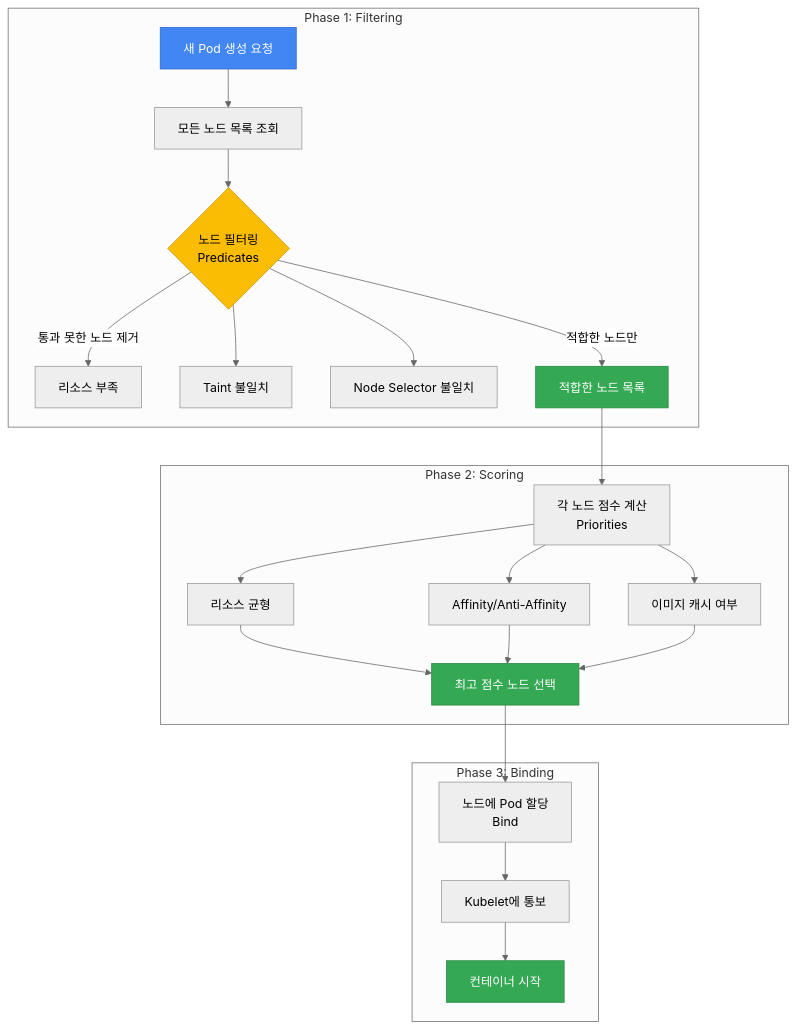
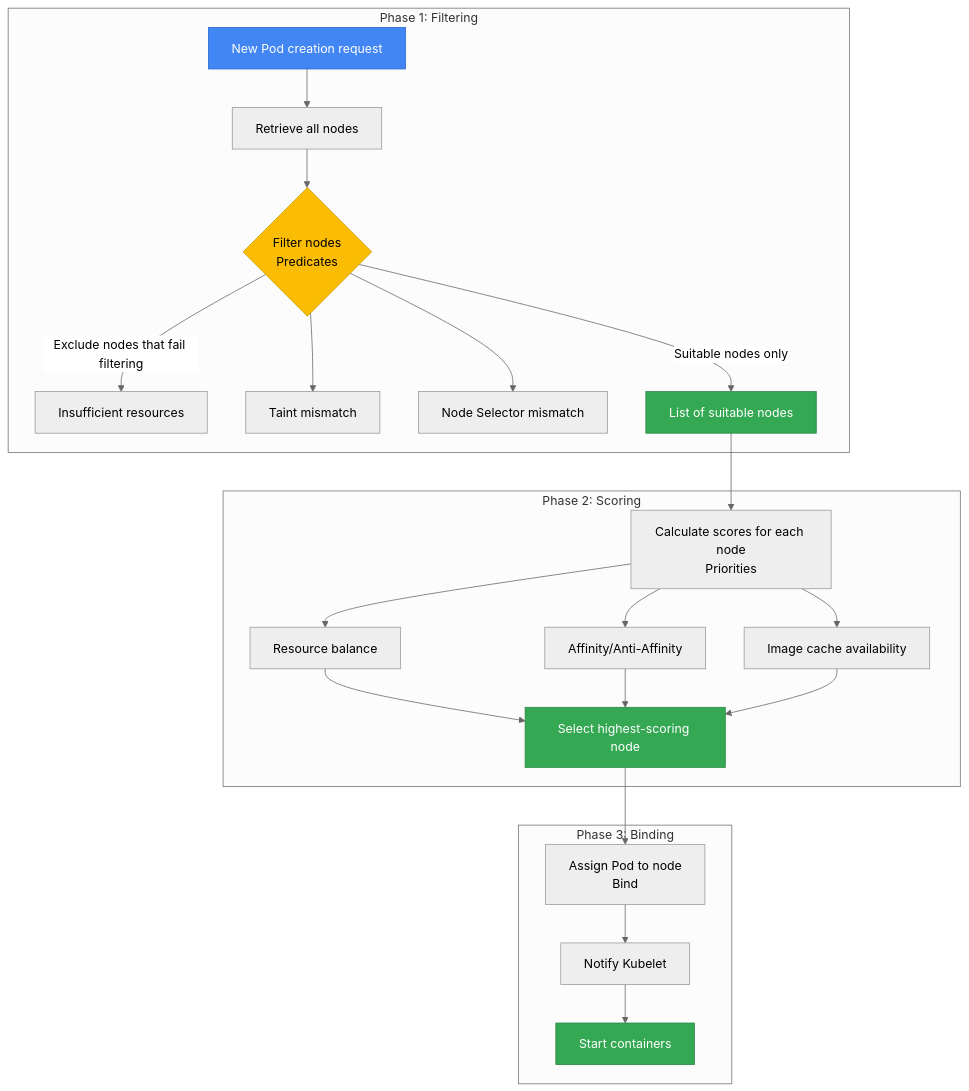
The first of 12 diagrams in docs/eks-best-practices/operations-reliability/eks-pod-scheduling-availability.md (devfloor9/engineering-playbook), drawn with Mermaid (neutral theme) before and after one commit. The commit also changed other lines of this file and 954 other files, not shown here.

````diff
--- a/docs/eks-best-practices/operations-reliability/eks-pod-scheduling-availability.md
+++ b/docs/eks-best-practices/operations-reliability/eks-pod-scheduling-availability.md
@@ -59,49 +59,49 @@
 ```mermaid
 flowchart TB
     subgraph "Phase 1: Filtering"
-        P1[새 Pod 생성 요청]
-        P2[모든 노드 목록 조회]
-        P3{노드 필터링<br/>Predicates}
-        P4[리소스 부족]
-        P5[Taint 불일치]
-        P6[Node Selector 불일치]
-        P7[적합한 노드 목록]
+        P1[New Pod creation request]
+        P2[Retrieve all nodes]
+        P3{Filter nodes<br/>Predicates}
+        P4[Insufficient resources]
+        P5[Taint mismatch]
+        P6[Node Selector mismatch]
+        P7[List of suitable nodes]
     end
 
     subgraph "Phase 2: Scoring"
-        S1[각 노드 점수 계산<br/>Priorities]
-        S2[리소스 균형]
+        S1[Calculate scores for each node<br/>Priorities]
+        S2[Resource balance]
         S3[Affinity/Anti-Affinity]
-        S4[이미지 캐시 여부]
-        S5[최고 점수 노드 선택]
+        S4[Image cache availability]
+        S5[Select highest-scoring node]
     end
 
     subgraph "Phase 3: Binding"
-        B1[노드에 Pod 할당<br/>Bind]
-        B2[Kubelet에 통보]
-        B3[컨테이너 시작]
+        B1[Assign Pod to node<br/>Bind]
+        B2[Notify Kubelet]
+        B3[Start containers]
     end
 
     P1 --> P2
     P2 --> P3
-    P3 -->|통과 못한 노드 제거| P4
+    P3 -->|Exclude nodes that fail filtering| P4
     P3 --> P5
     P3 --> P6
-    P3 -->|적합한 노드만| P7
+    P3 -->|Suitable nodes only| P7
     P7 --> S1
     S1 --> S2
     S1 --> S3
     S1 --> S4
     S2 --> S5
     S3 --> S5
     S4 --> S5
     S5 --> B1
     B1 --> B2
     B2 --> B3
 
     style P1 fill:#4286f4,stroke:#2a6acf,color:#fff
     style P3 fill:#fbbc04,stroke:#c99603,color:#000
     style P7 fill:#34a853,stroke:#2a8642,color:#fff
     style S5 fill:#34a853,stroke:#2a8642,color:#fff
     style B3 fill:#34a853,stroke:#2a8642,color:#fff
 ```
````
